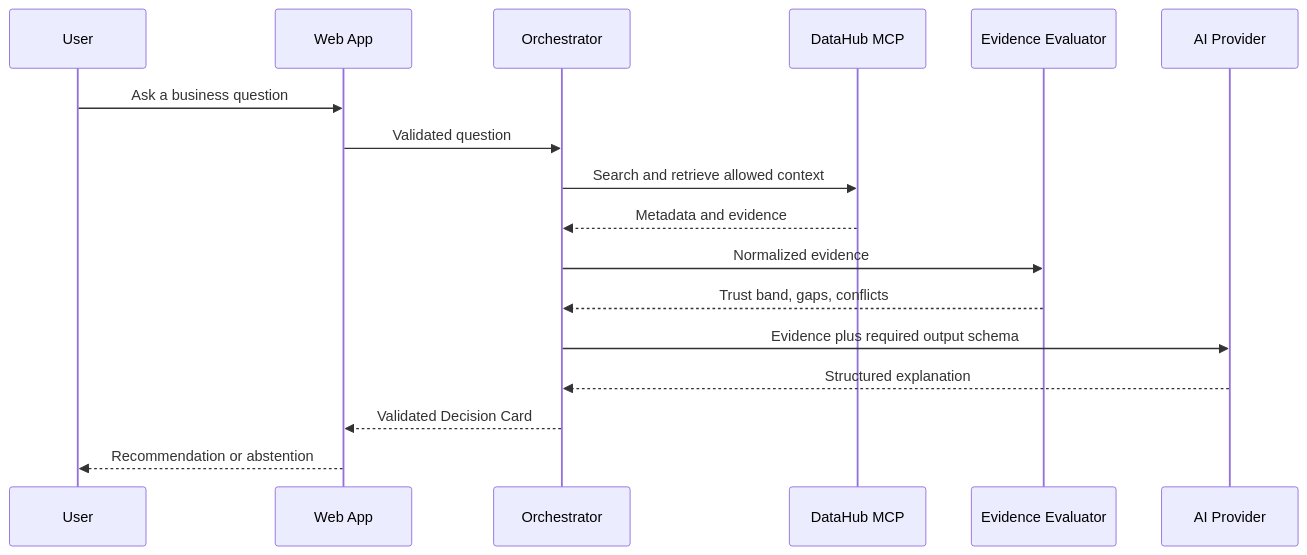
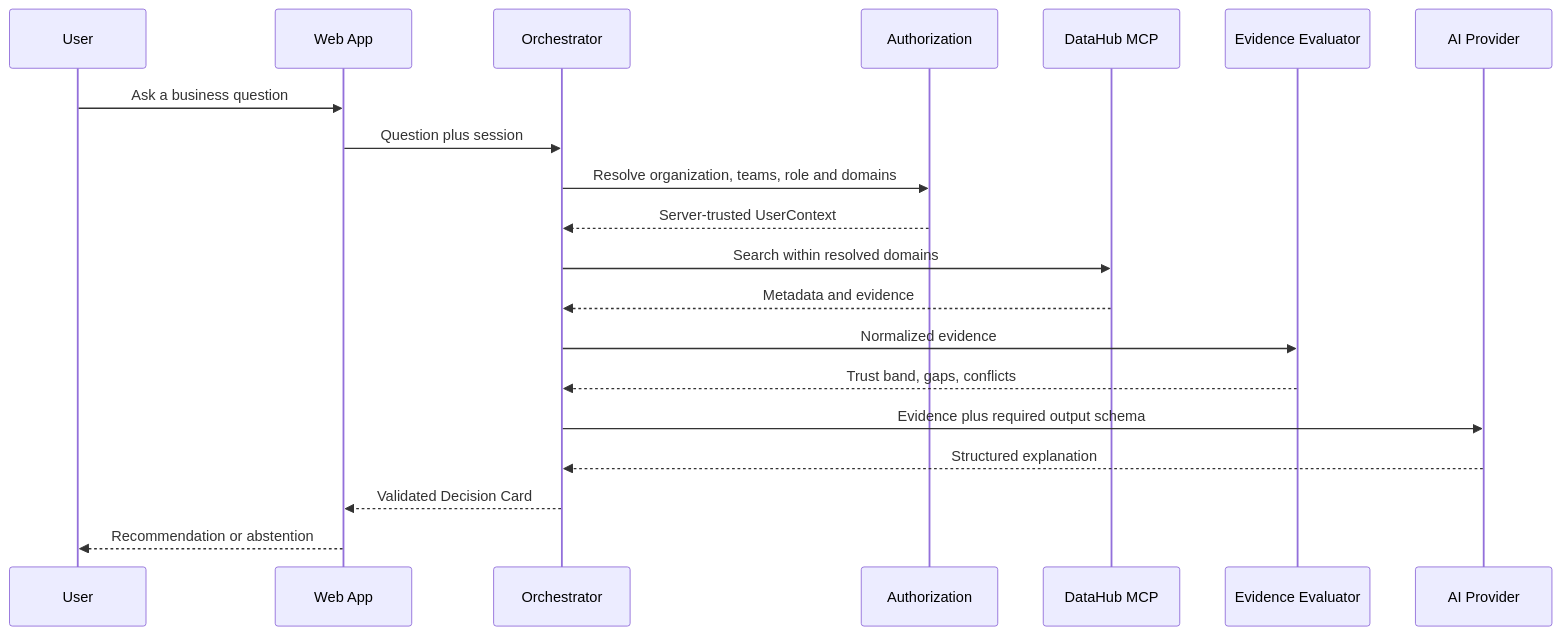
One commit to natalia15155-bit/corporate-brain changed the second of 3 diagrams in ARCHITECTURE.md. Above: the diagram before and after it, drawn with Mermaid. The commit also changed other lines of this file and 11 other files, not shown here.

````diff
--- a/ARCHITECTURE.md
+++ b/ARCHITECTURE.md
@@ -130,20 +175,23 @@
 ```mermaid
 sequenceDiagram
     participant U as User
     participant W as Web App
     participant O as Orchestrator
+    participant Z as Authorization
     participant D as DataHub MCP
     participant E as Evidence Evaluator
     participant A as AI Provider
 
     U->>W: Ask a business question
-    W->>O: Validated question
-    O->>D: Search and retrieve allowed context
+    W->>O: Question plus session
+    O->>Z: Resolve organization, teams, role and domains
+    Z-->>O: Server-trusted UserContext
+    O->>D: Search within resolved domains
     D-->>O: Metadata and evidence
     O->>E: Normalized evidence
     E-->>O: Trust band, gaps, conflicts
     O->>A: Evidence plus required output schema
     A-->>O: Structured explanation
     O-->>W: Validated Decision Card
     W-->>U: Recommendation or abstention
 ```
````
